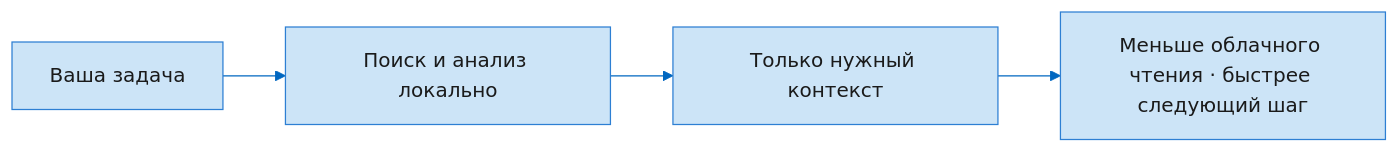
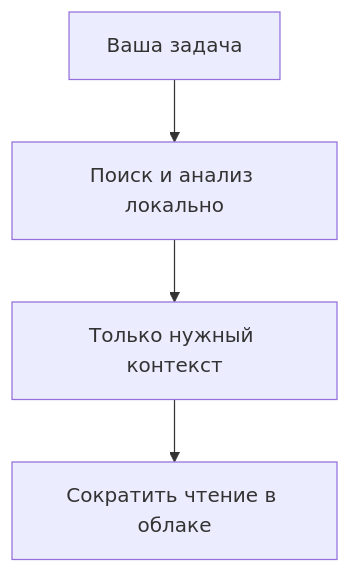
Before and after one commit to MrAliev/local-ai-toolkit: the diagram in docs/wiki/Home.ru.md, drawn with Mermaid. The commit also changed other lines of this file and 30 other files, not shown here.

````diff
--- a/docs/wiki/Home.ru.md
+++ b/docs/wiki/Home.ru.md
@@ -17,17 +18,6 @@
 ```mermaid
----
-config:
-  theme: base
-  themeVariables:
-    primaryColor: "#CCE4F7"
-    primaryTextColor: "#1A1A1A"
-    primaryBorderColor: "#2D7FD3"
-    lineColor: "#0067C0"
-    secondaryColor: "#FAFAFA"
-    tertiaryColor: "#F3F3F3"
----
-flowchart LR
+flowchart TB
   intent["Ваша задача"] --> context["Поиск и анализ локально"]
   context --> evidence["Только нужный контекст"]
-  evidence --> decision["Меньше облачного чтения · быстрее следующий шаг"]
+  evidence --> decision["Сократить чтение в облаке"]
 ```
````
